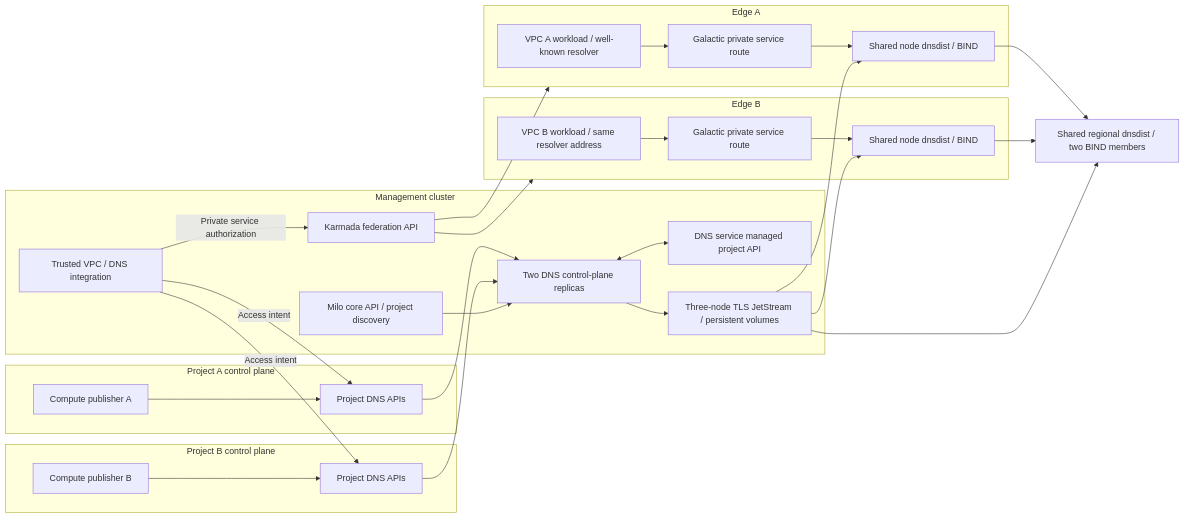
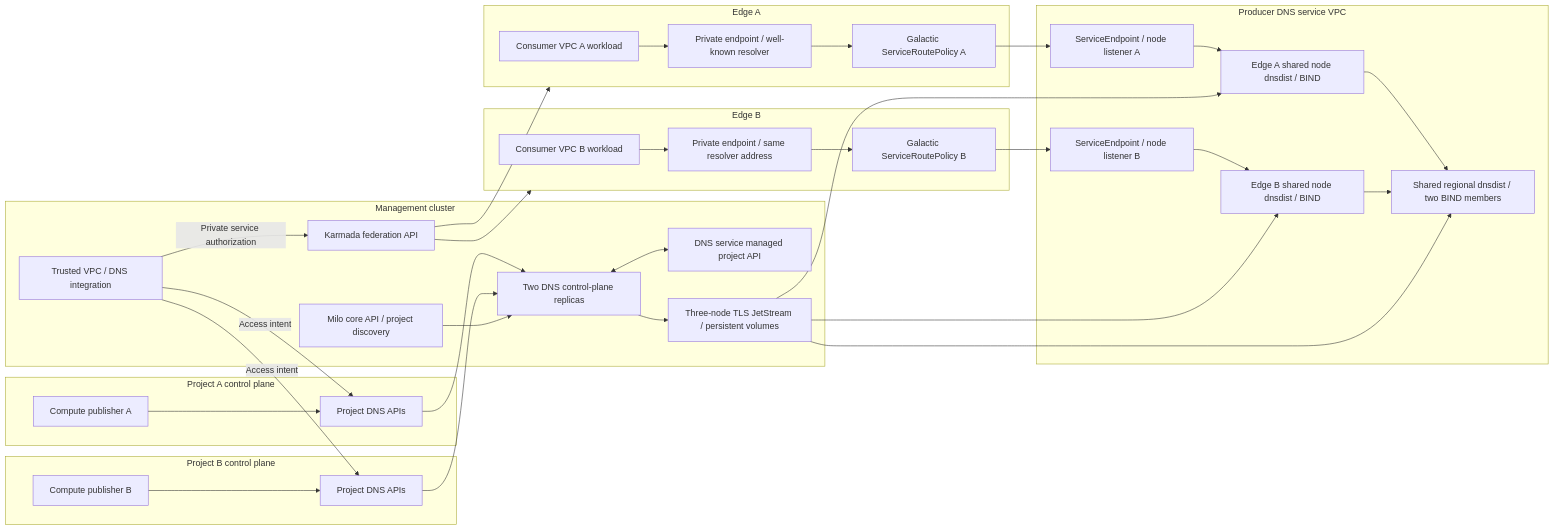
The diagram in test/internaldns/production-parity.md (datum-cloud/dns-operator), drawn with Mermaid before and after one commit. The commit also changed other lines of this file and 1 other file, not shown here.

Commit message:
test: Qualify clean setup and service VPC boundaries

````diff
--- a/test/internaldns/production-parity.md
+++ b/test/internaldns/production-parity.md
@@ -59,39 +59,48 @@
 ```mermaid
 flowchart LR
   subgraph A[Project A control plane]
     CA[Compute publisher A] --> DA[Project DNS APIs]
   end
   subgraph B[Project B control plane]
     CB[Compute publisher B] --> DB[Project DNS APIs]
   end
   subgraph M[Management cluster]
     CORE[Milo core API / project discovery]
     DNS[DNS service managed project API]
     CP[Two DNS control-plane replicas]
     INT[Trusted VPC / DNS integration]
     JS[Three-node TLS JetStream / persistent volumes]
     K[Karmada federation API]
   end
   DA & DB --> CP
   CORE --> CP
   CP <--> DNS
   CP --> JS
   K --> E1 & E2
   INT -->|Access intent| DA & DB
   subgraph E1[Edge A]
-    V1[VPC A workload / well-known resolver]
-    G1[Galactic private service route]
-    N1[Shared node dnsdist / BIND]
-    V1 --> G1 --> N1
+    V1[Consumer VPC A workload]
+    F1[Private endpoint / well-known resolver]
+    G1[Galactic ServiceRoutePolicy A]
+    V1 --> F1 --> G1
   end
   subgraph E2[Edge B]
-    V2[VPC B workload / same resolver address]
-    G2[Galactic private service route]
-    N2[Shared node dnsdist / BIND]
-    V2 --> G2 --> N2
+    V2[Consumer VPC B workload]
+    F2[Private endpoint / same resolver address]
+    G2[Galactic ServiceRoutePolicy B]
+    V2 --> F2 --> G2
   end
-  R[Shared regional dnsdist / two BIND members]
+  subgraph SV[Producer DNS service VPC]
+    EP1[ServiceEndpoint / node listener A]
+    EP2[ServiceEndpoint / node listener B]
+    N1[Edge A shared node dnsdist / BIND]
+    N2[Edge B shared node dnsdist / BIND]
+    R[Shared regional dnsdist / two BIND members]
+    EP1 --> N1 --> R
+    EP2 --> N2 --> R
+  end
+  G1 --> EP1
+  G2 --> EP2
   INT -->|Private service authorization| K
-  N1 & N2 --> R
   JS --> N1 & N2 & R
 ```
````
